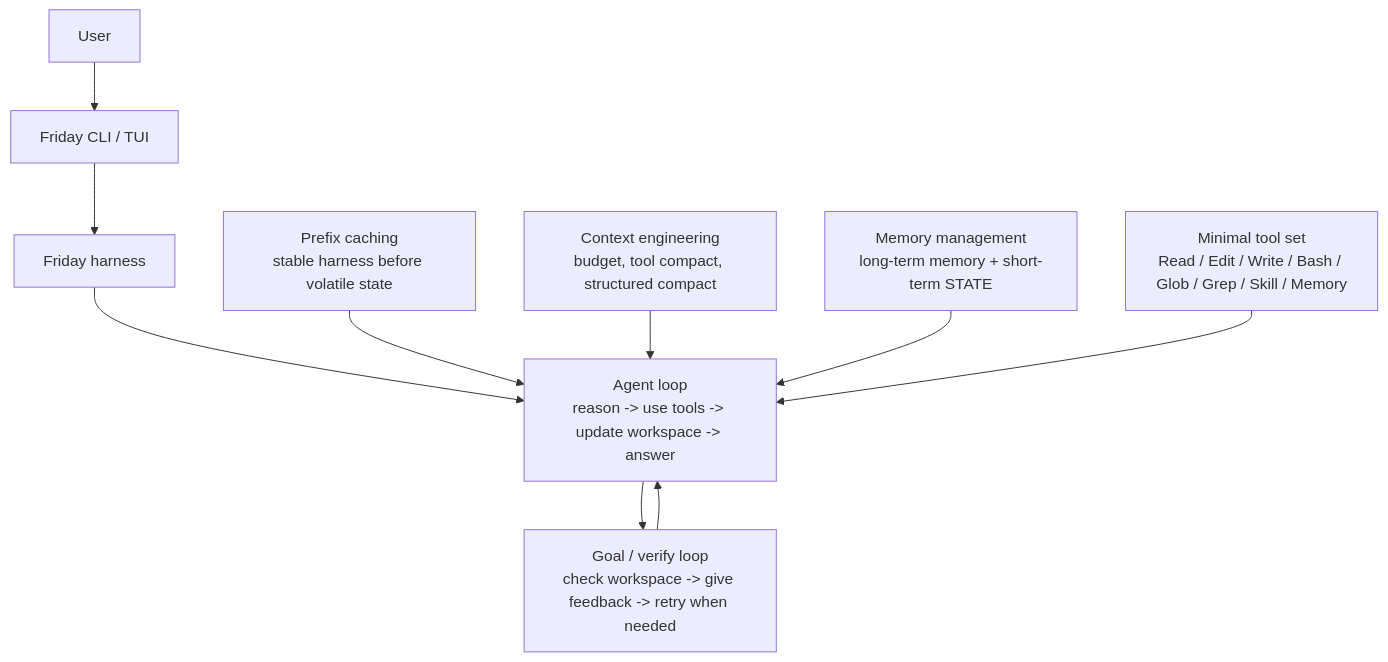
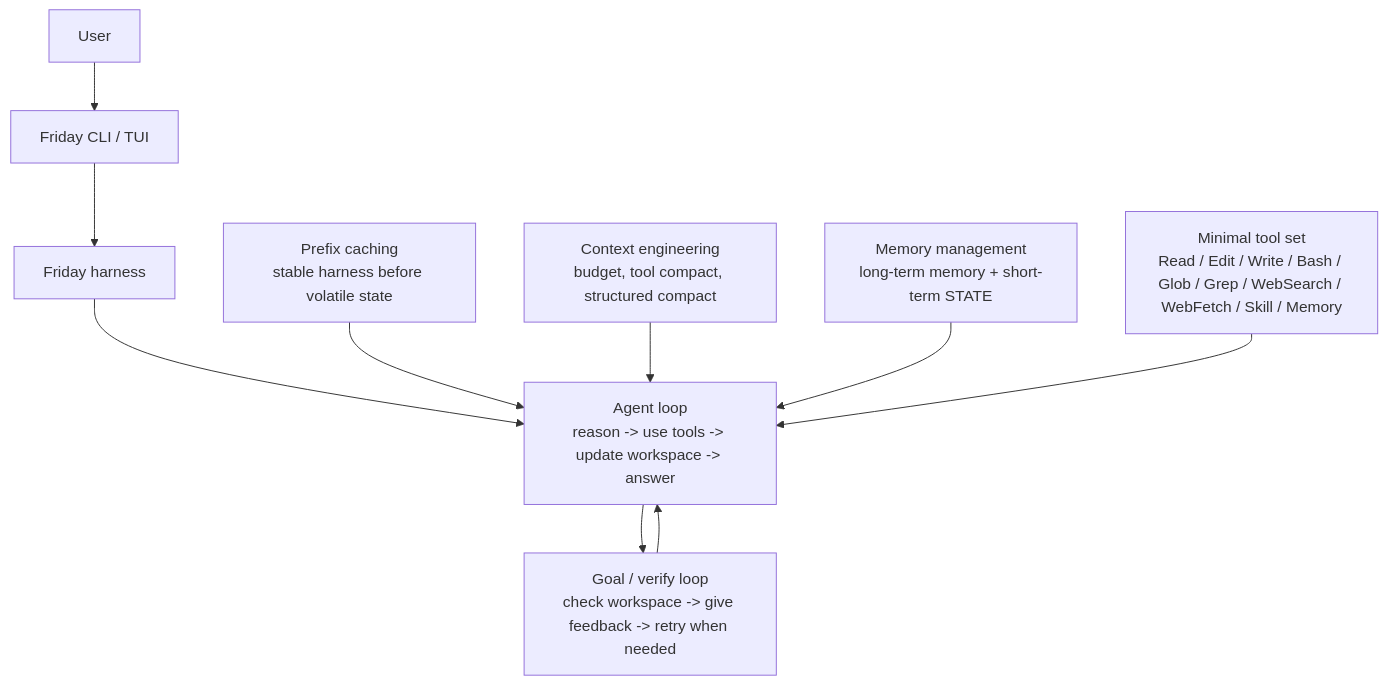
Before and after one commit to Lancetwang/friday: the diagram in README.md, drawn with Mermaid. The commit also changed other lines of this file and 5 other files, not shown here.

Commit message:
Add Friday web search and fetch tools

````diff
--- a/README.md
+++ b/README.md
@@ -31,14 +31,14 @@
 ```mermaid
 flowchart TD
     User["User"] --> Friday["Friday CLI / TUI"]
     Friday --> Harness["Friday harness"]
 
     Harness --> AgentLoop["Agent loop<br/>reason -> use tools -> update workspace -> answer"]
     AgentLoop --> VerifyLoop["Goal / verify loop<br/>check workspace -> give feedback -> retry when needed"]
     VerifyLoop --> AgentLoop
 
     Prefix["Prefix caching<br/>stable harness before volatile state"] --> AgentLoop
     Context["Context engineering<br/>budget, tool compact, structured compact"] --> AgentLoop
     Memory["Memory management<br/>long-term memory + short-term STATE"] --> AgentLoop
-    Tools["Minimal tool set<br/>Read / Edit / Write / Bash / Glob / Grep / Skill / Memory"] --> AgentLoop
+    Tools["Minimal tool set<br/>Read / Edit / Write / Bash / Glob / Grep / WebSearch / WebFetch / Skill / Memory"] --> AgentLoop
 ```
````
